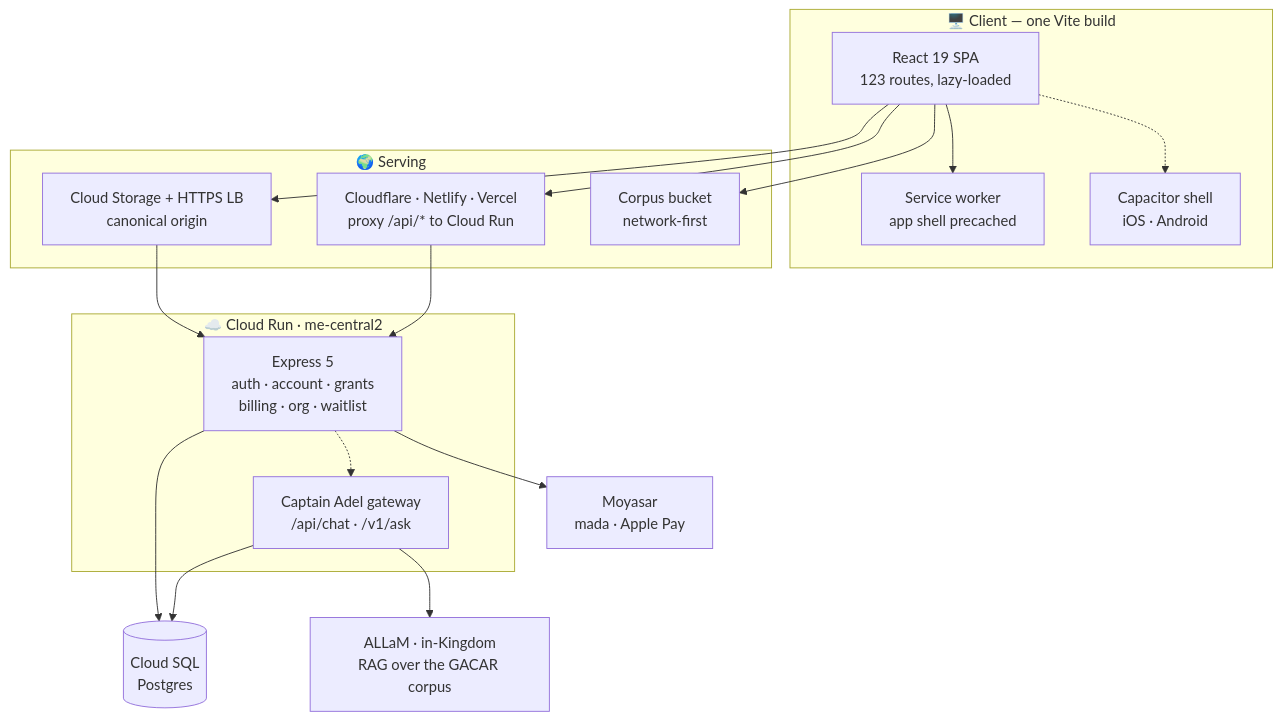
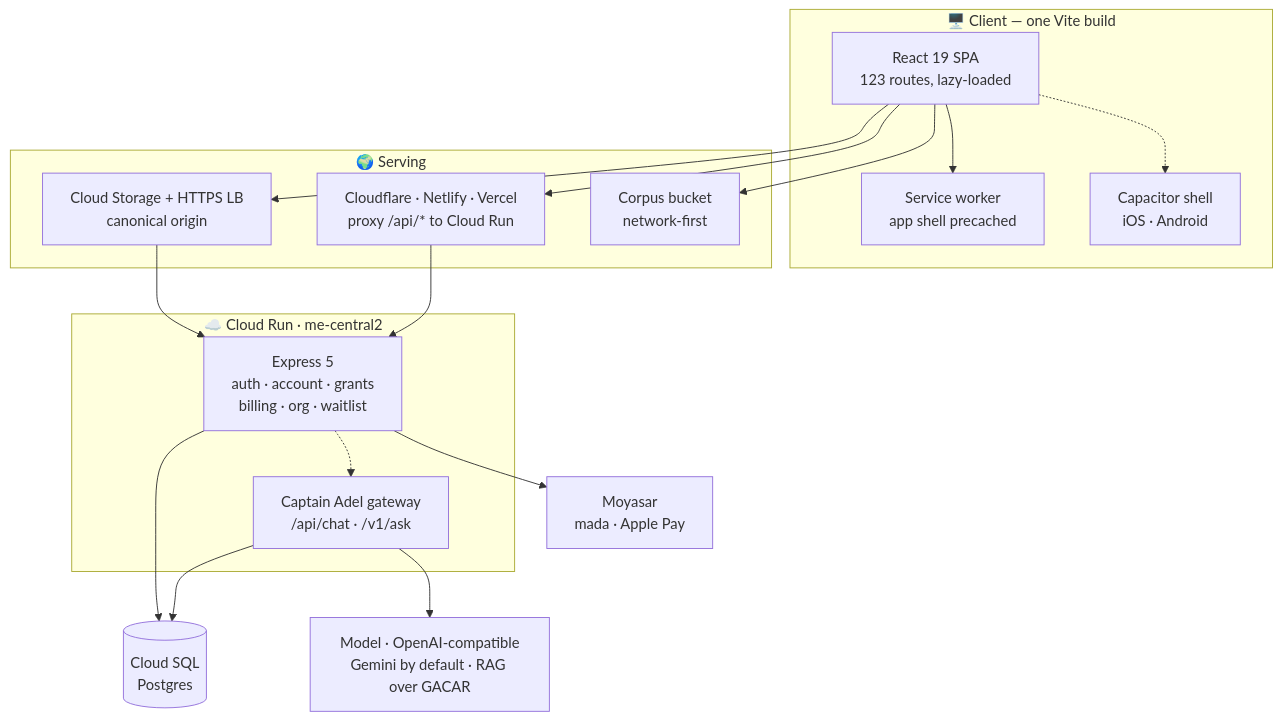
The diagram in README.md (ay2m/FlyGACA), drawn with Mermaid before and after one commit. The commit also changed other lines of this file and 15 other files, not shown here.

````diff
--- a/README.md
+++ b/README.md
@@ -91,36 +91,36 @@
 ```mermaid
 flowchart TB
     subgraph client["🖥️ Client — one Vite build"]
         SPA["React 19 SPA<br/>123 routes, lazy-loaded"]
         PWA["Service worker<br/>app shell precached"]
         CAP["Capacitor shell<br/>iOS · Android"]
     end
 
     subgraph edge["🌍 Serving"]
         GCS["Cloud Storage + HTTPS LB<br/>canonical origin"]
         MIRROR["Cloudflare · Netlify · Vercel<br/>proxy /api/* to Cloud Run"]
         DATA["Corpus bucket<br/>network-first"]
     end
 
     subgraph api["☁️ Cloud Run · me-central2"]
         EXP["Express 5<br/>auth · account · grants<br/>billing · org · waitlist"]
         ADEL["Captain Adel gateway<br/>/api/chat · /v1/ask"]
     end
 
     SQL[("Cloud SQL<br/>Postgres")]
-    GEM["ALLaM · in-Kingdom<br/>RAG over the GACAR corpus"]
+    GEM["Model · OpenAI-compatible<br/>Gemini by default · RAG over GACAR"]
     PAY["Moyasar<br/>mada · Apple Pay"]
 
     SPA --> PWA
     SPA -.-> CAP
     SPA --> GCS
     SPA --> MIRROR
     SPA --> DATA
     GCS --> EXP
     MIRROR --> EXP
     EXP --> SQL
     EXP --> PAY
     ADEL --> SQL
     ADEL --> GEM
     EXP -.-> ADEL
 ```
````
